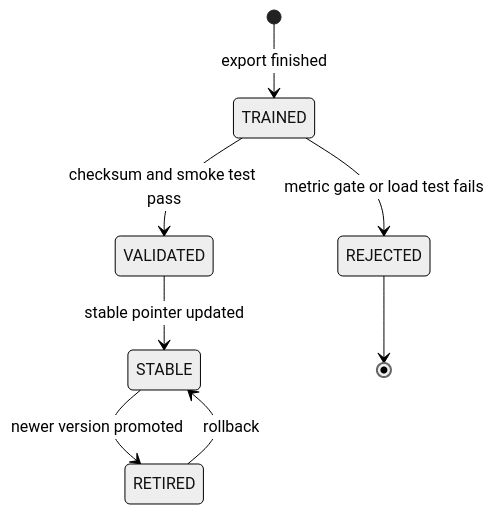
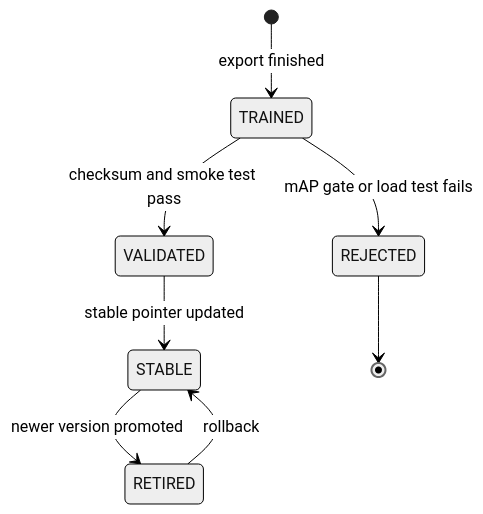
Before and after one commit to Advaitvag/StreetSmart-models: the third of 3 diagrams in StreetSmart_docs/SeniorDesign/D2_Detailed_Design.md, drawn with Mermaid (neutral theme). The commit also changed other lines of this file, not shown here.

````diff
--- a/StreetSmart_docs/SeniorDesign/D2_Detailed_Design.md
+++ b/StreetSmart_docs/SeniorDesign/D2_Detailed_Design.md
@@ -179,10 +218,10 @@
 ```mermaid
 stateDiagram-v2
     [*] --> TRAINED : export finished
-    TRAINED --> REJECTED : metric gate or load test fails
+    TRAINED --> REJECTED : mAP gate or load test fails
     TRAINED --> VALIDATED : checksum and smoke test pass
     VALIDATED --> STABLE : stable pointer updated
     STABLE --> RETIRED : newer version promoted
     RETIRED --> STABLE : rollback
     REJECTED --> [*]
 ```
````
